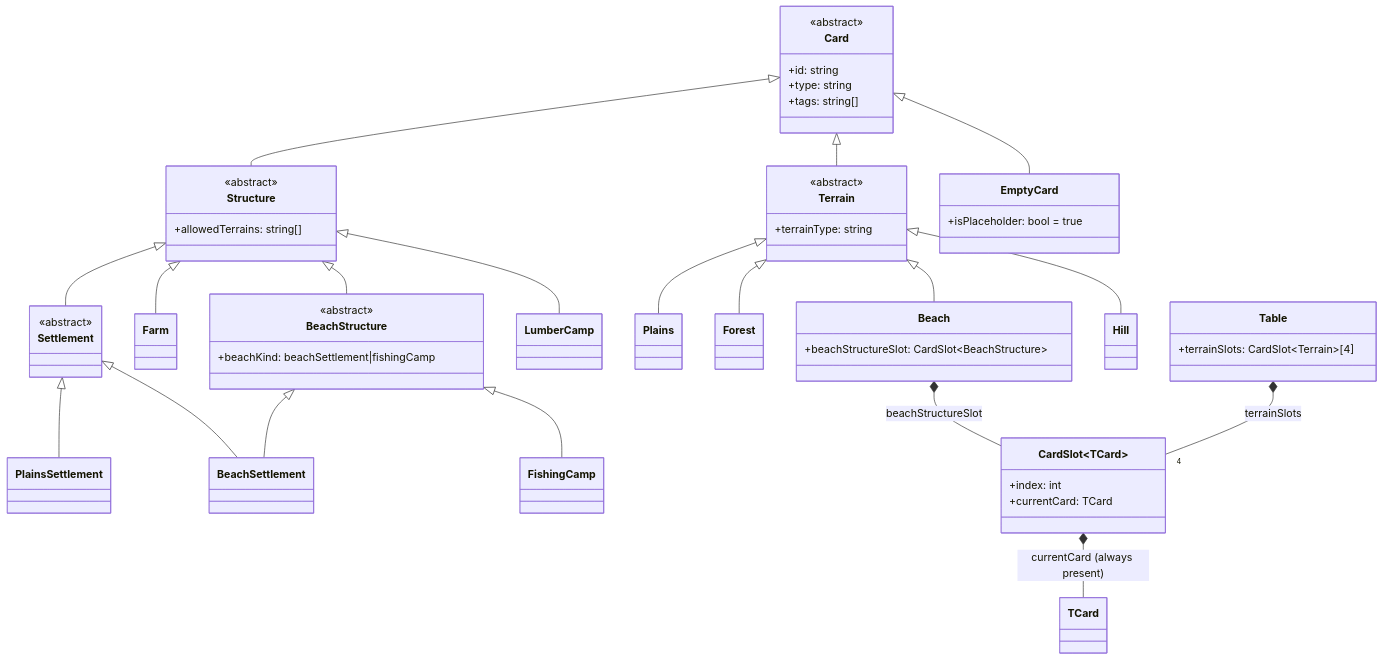
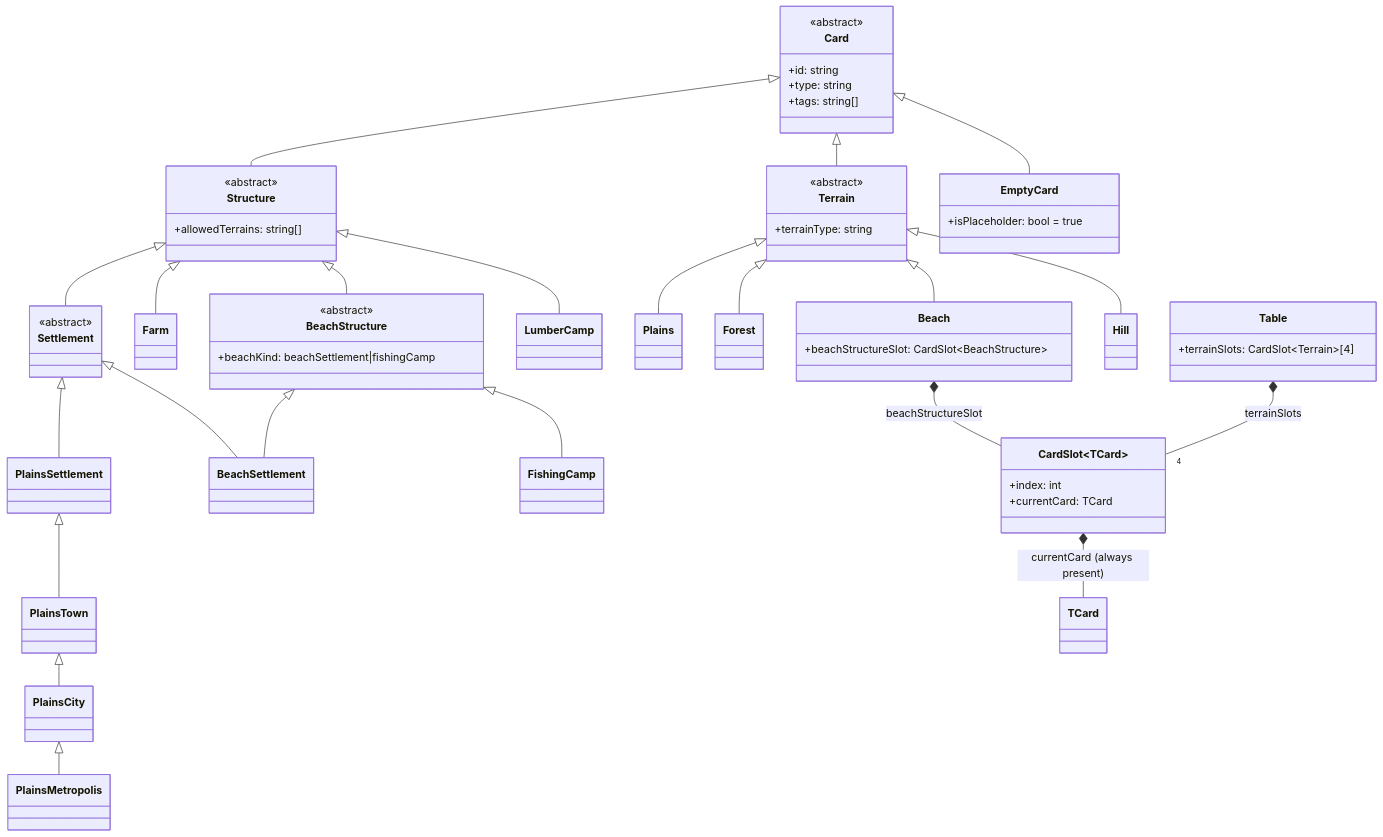
One commit to AJosephsen/gfxer changed the first of 3 diagrams in StrategyGame/data-structure.md. Above: the diagram before and after it, drawn with Mermaid. The commit also changed other lines of this file, not shown here.

Commit message:
docs: model plains upgrade tiers as derived classes

````diff
--- a/StrategyGame/data-structure.md
+++ b/StrategyGame/data-structure.md
@@ -17,72 +17,78 @@
 ```mermaid
 classDiagram
     class Card {
         <<abstract>>
         +id: string
         +type: string
         +tags: string[]
     }
 
     class Terrain {
         <<abstract>>
         +terrainType: string
     }
 
     class Structure {
         <<abstract>>
         +allowedTerrains: string[]
     }
 
     class BeachStructure {
         <<abstract>>
         +beachKind: beachSettlement|fishingCamp
     }
 
     class Farm
     class Settlement {
         <<abstract>>
     }
     class PlainsSettlement
+    class PlainsTown
+    class PlainsCity
+    class PlainsMetropolis
     class BeachSettlement
     class LumberCamp
     class FishingCamp
 
     class Plains
     class Forest
     class Beach {
         +beachStructureSlot: CardSlot~BeachStructure~
     }
     class Hill
 
     class EmptyCard {
         +isPlaceholder: bool = true
     }
 
     class CardSlot~TCard~ {
         +index: int
         +currentCard: TCard
     }
 
     class Table {
         +terrainSlots: CardSlot~Terrain~[4]
     }
 
     Card <|-- EmptyCard
     Card <|-- Terrain
     Card <|-- Structure
     Structure <|-- BeachStructure
     Structure <|-- Farm
     Structure <|-- Settlement
     Settlement <|-- PlainsSettlement
+    PlainsSettlement <|-- PlainsTown
+    PlainsTown <|-- PlainsCity
+    PlainsCity <|-- PlainsMetropolis
     Settlement <|-- BeachSettlement
     Structure <|-- LumberCamp
     BeachStructure <|-- BeachSettlement
     BeachStructure <|-- FishingCamp
     Terrain <|-- Plains
     Terrain <|-- Forest
     Terrain <|-- Beach
     Terrain <|-- Hill
     CardSlot~TCard~ *-- TCard : currentCard (always present)
     Beach *-- CardSlot~BeachStructure~ : beachStructureSlot
     Table *-- "4" CardSlot~Terrain~ : terrainSlots
 ```
````
